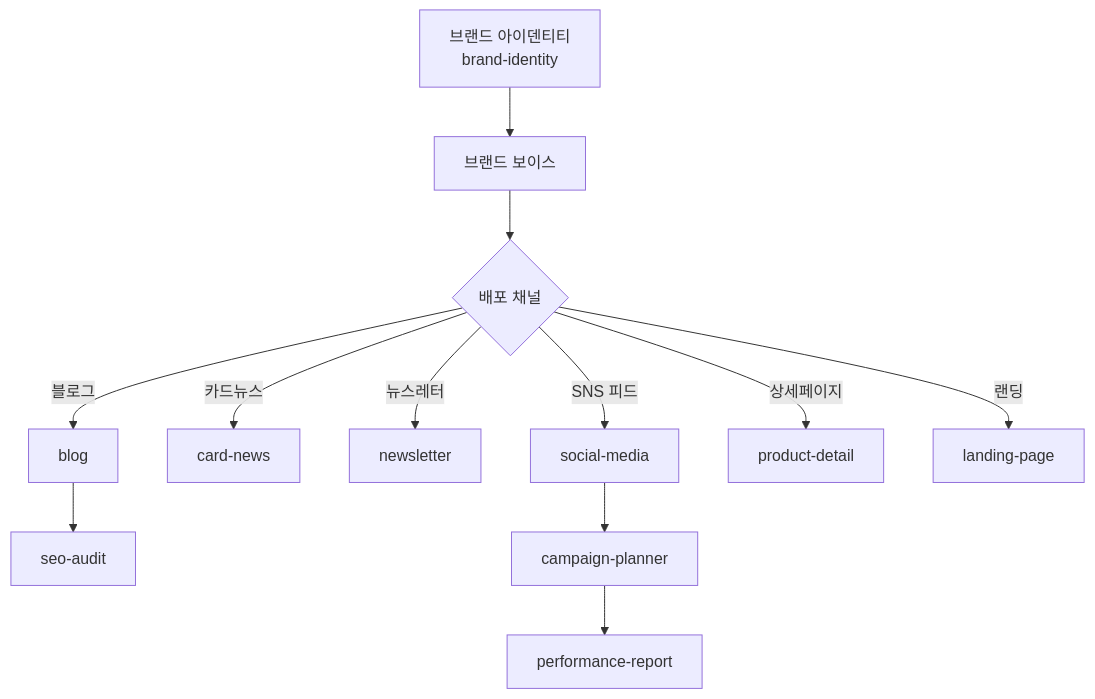
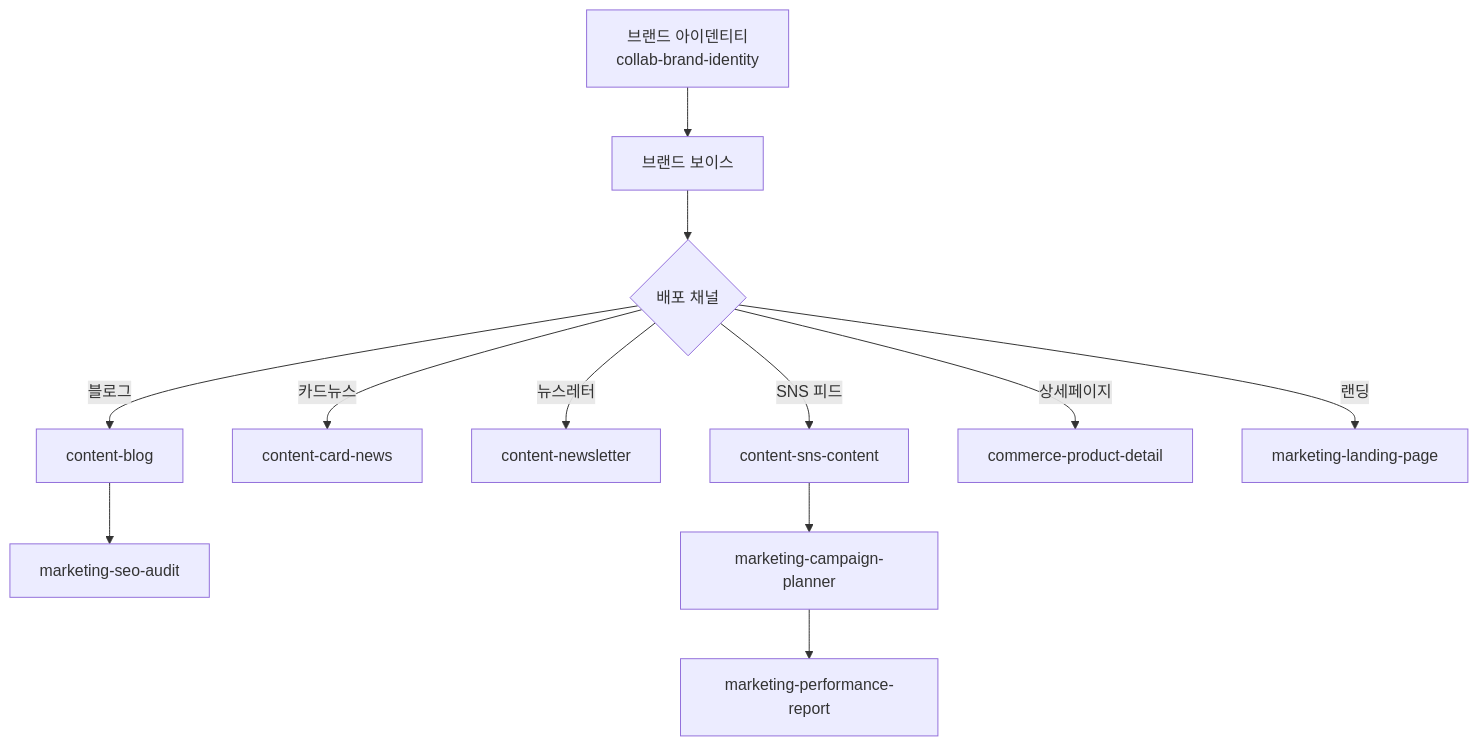
The third of 5 diagrams in www/content/cookbook/tracks/track-marketing.md (modu-ai/cowork-plugins), drawn with Mermaid before and after one commit. The commit also changed other lines of this file and 45 other files, not shown here.

First line of the commit message:
docs(www): 스킬명 정합 + 깨진 링크 수정 + mermaid 보강

````diff
--- a/www/content/cookbook/tracks/track-marketing.md
+++ b/www/content/cookbook/tracks/track-marketing.md
@@ -66,15 +66,15 @@
 ```mermaid
 flowchart TB
-   Brand["브랜드 아이덴티티<br/>brand-identity"] --> Voice["브랜드 보이스"]
+   Brand["브랜드 아이덴티티<br/>collab-brand-identity"] --> Voice["브랜드 보이스"]
    Voice --> Channels{"배포 채널"}
-   Channels -->|블로그| Blog["blog"]
-   Channels -->|카드뉴스| Card["card-news"]
-   Channels -->|뉴스레터| News["newsletter"]
-   Channels -->|SNS 피드| Social["social-media"]
-   Channels -->|상세페이지| Detail["product-detail"]
-   Channels -->|랜딩| Landing["landing-page"]
+   Channels -->|블로그| Blog["content-blog"]
+   Channels -->|카드뉴스| Card["content-card-news"]
+   Channels -->|뉴스레터| News["content-newsletter"]
+   Channels -->|SNS 피드| Social["content-sns-content"]
+   Channels -->|상세페이지| Detail["commerce-product-detail"]
+   Channels -->|랜딩| Landing["marketing-landing-page"]
 
-   Blog --> SEO["seo-audit"]
-   Social --> Campaign["campaign-planner"]
-   Campaign --> Report["performance-report"]
+   Blog --> SEO["marketing-seo-audit"]
+   Social --> Campaign["marketing-campaign-planner"]
+   Campaign --> Report["marketing-performance-report"]
 ```
````
